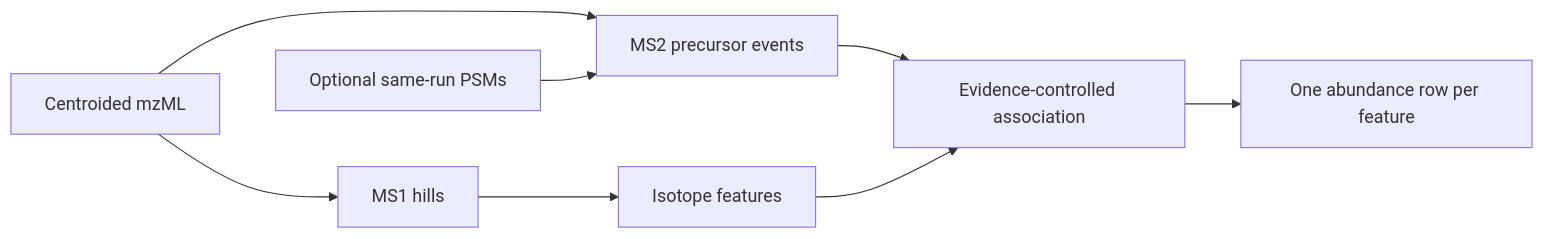
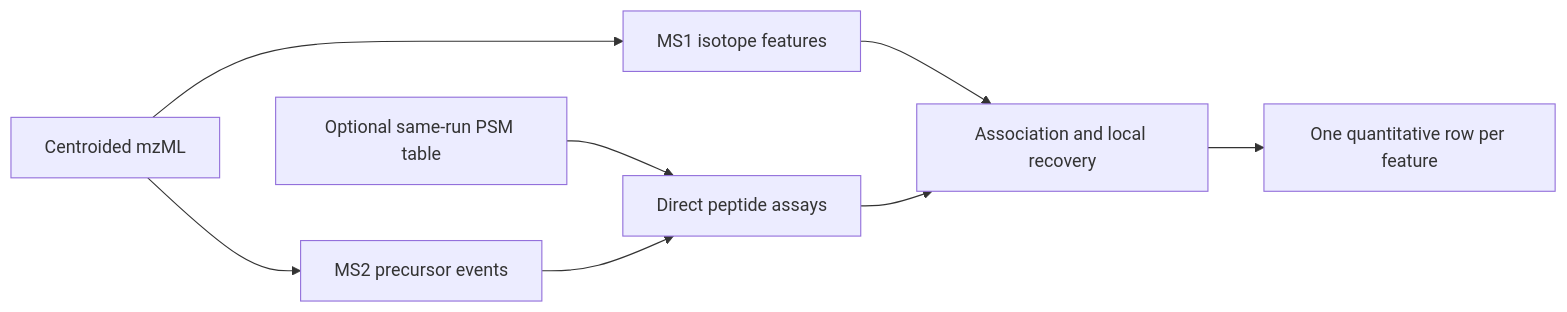
Before and after one commit to ATPs/biosaur2: the diagram in docs/getting-started.md, drawn with Mermaid. The commit also changed other lines of this file and 27 other files, not shown here.

````diff
--- a/docs/getting-started.md
+++ b/docs/getting-started.md
@@ -24,10 +18,10 @@
 ```mermaid
 flowchart LR
-    A[Centroided mzML] --> B[MS1 hills]
-    B --> C[Isotope features]
-    A --> D[MS2 precursor events]
-    E[Optional same-run PSMs] --> D
-    D --> F[Evidence-controlled association]
-    C --> F
-    F --> G[One abundance row per feature]
+    A[Centroided mzML] --> B[MS1 isotope features]
+    A --> C[MS2 precursor events]
+    D[Optional same-run PSM table] --> E[Direct peptide assays]
+    C --> E
+    B --> F[Association and local recovery]
+    E --> F
+    F --> G[One quantitative row per feature]
 ```
````
